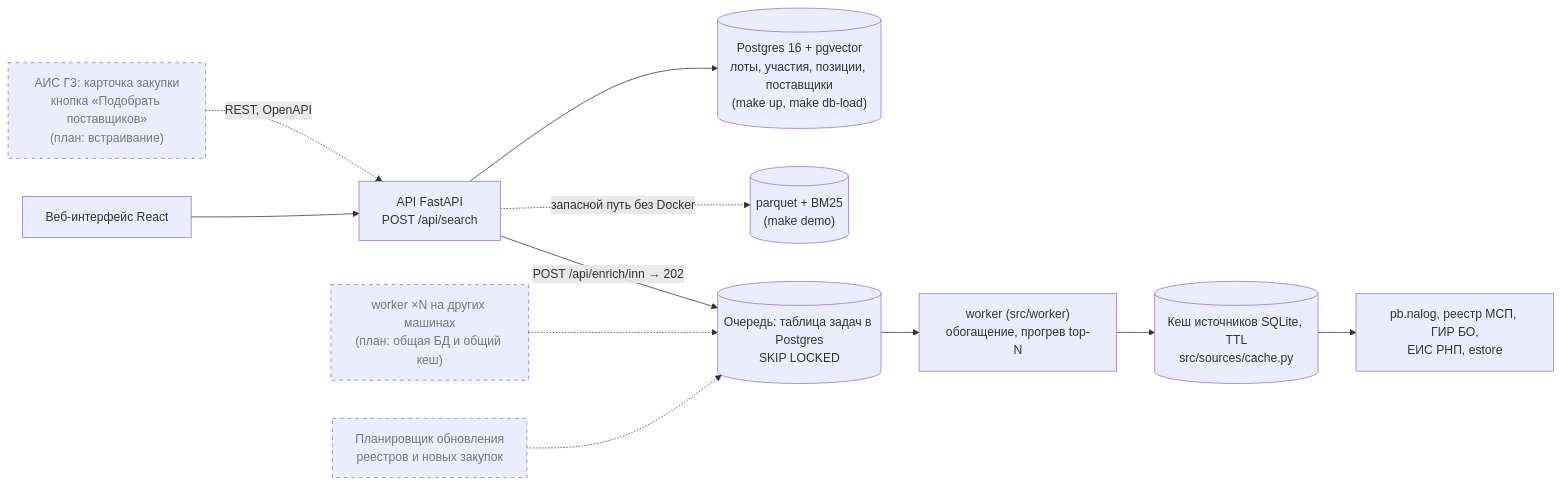
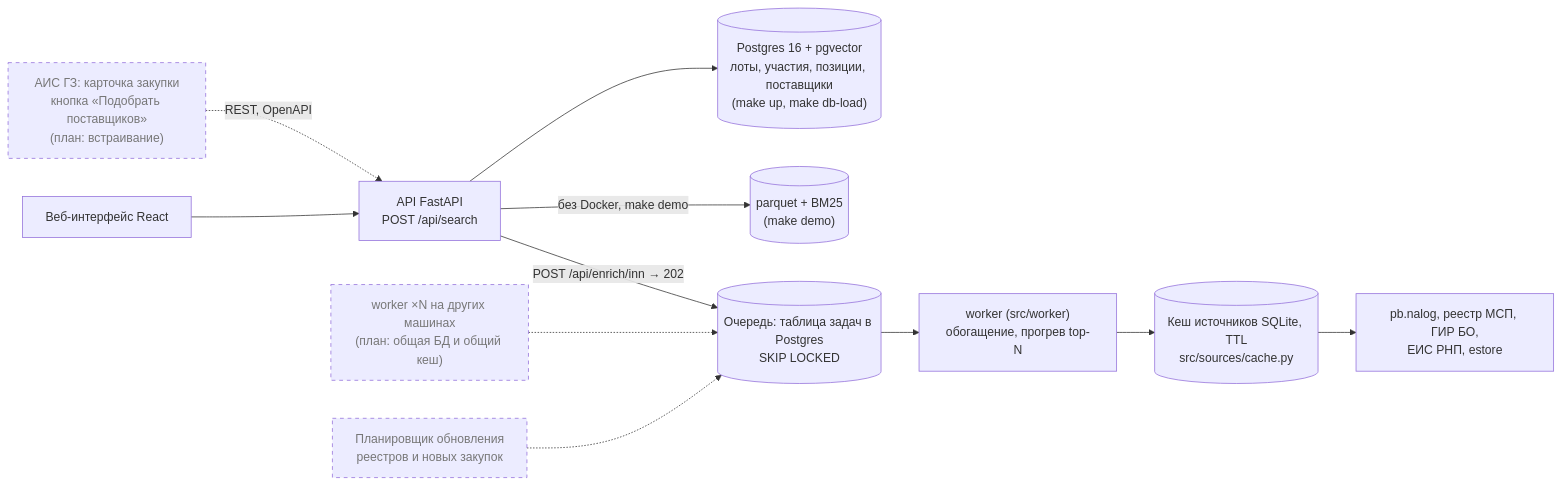
One commit to Chichetin/rlt-hackathonchik changed the diagram in pitch/architecture.md. Above: the diagram before and after it, drawn with Mermaid. The commit also changed other lines of this file, not shown here.

Commit message:
pitch: ревью #130 — выгрузка xlsx работает, parquet-путь сплошной, 16 с не измерено нами (#23)

````diff
--- a/pitch/architecture.md
+++ b/pitch/architecture.md
@@ -10,14 +10,14 @@
 ```mermaid
 flowchart LR
   AIS["АИС ГЗ: карточка закупки\nкнопка «Подобрать поставщиков»\n(план: встраивание)"]:::plan -.->|REST, OpenAPI| API
   UI[Веб-интерфейс React] --> API[API FastAPI\nPOST /api/search]
   API --> STORE[("Postgres 16 + pgvector\nлоты, участия, позиции, поставщики\n(make up, make db-load)")]
-  API -.->|запасной путь без Docker| PQ[("parquet + BM25\n(make demo)")]
+  API -->|без Docker, make demo| PQ[("parquet + BM25\n(make demo)")]
   API -->|POST /api/enrich/inn → 202| Q[("Очередь: таблица задач в Postgres\nSKIP LOCKED")]
   Q --> W["worker (src/worker)\nобогащение, прогрев top-N"]
   W --> C[("Кеш источников SQLite, TTL\nsrc/sources/cache.py")]
   C --> SRC["pb.nalog, реестр МСП, ГИР БО,\nЕИС РНП, estore"]
   W2["worker ×N на других машинах\n(план: общая БД и общий кеш)"]:::plan -.-> Q
   SCHED["Планировщик обновления\nреестров и новых закупок"]:::plan -.-> Q
   classDef plan stroke-dasharray: 5 5,color:#777
 ```
````
